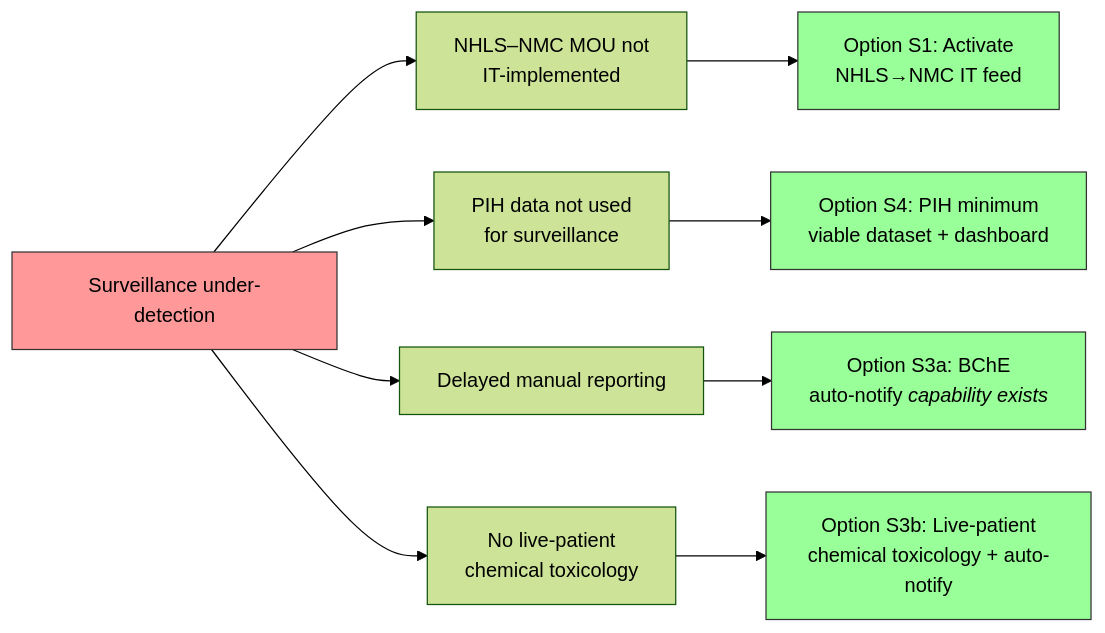
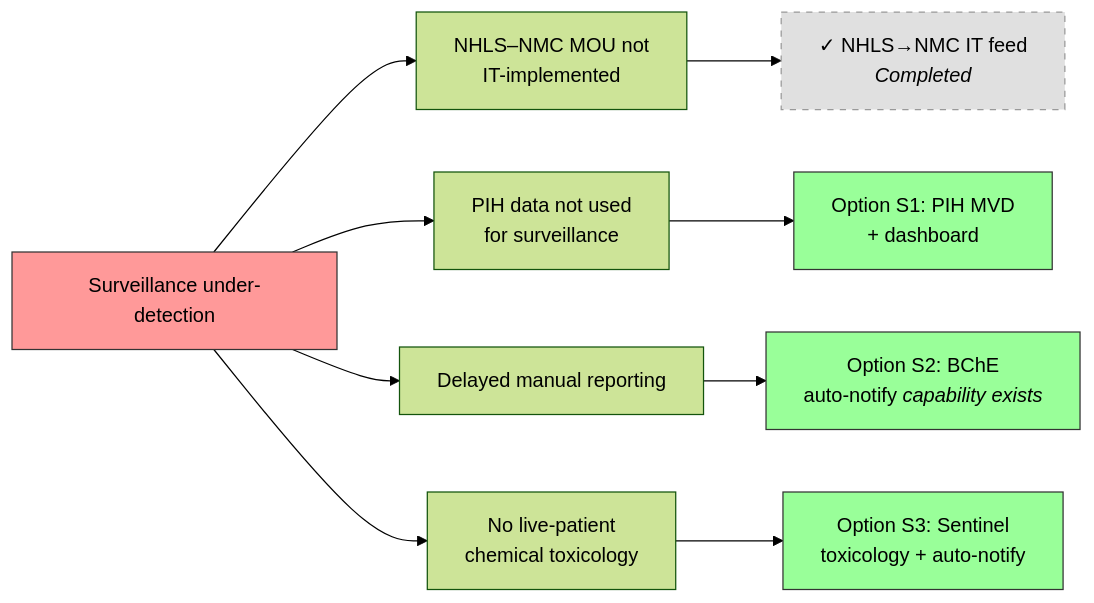
Before and after one commit to bridaybrummer/D2P_project: the second of 2 diagrams in posts/surveillance_policy.qmd, drawn with Mermaid (forest theme). The commit also changed other lines of this file and 7 other files, not shown here.

````diff
--- a/posts/surveillance_policy.qmd
+++ b/posts/surveillance_policy.qmd
@@ -90,20 +90,20 @@
 ```{mermaid}
 %%| label: fig-surv-fishbone
 %%| fig-cap: "Root causes of surveillance under-detection and the surveillance-improvement options that address each one."
 flowchart LR
     A[Surveillance under-detection] --> B[NHLS–NMC MOU not<br/>IT-implemented]
     A --> C[PIH data not used<br/>for surveillance]
     A --> D[Delayed manual reporting]
     A --> F[No live-patient<br/>chemical toxicology]
 
-    B --> G[Option S1: Activate<br/>NHLS→NMC IT feed]
-    C --> H[Option S4: PIH minimum<br/>viable dataset + dashboard]
-    D --> I[Option S3a: BChE<br/>auto-notify <i>capability exists</i>]
-    F --> J[Option S3b: Live-patient<br/>chemical toxicology + auto-notify]
+    B --> G["✓ NHLS→NMC IT feed<br/><i>Completed</i>"]
+    C --> H[Option S1: PIH MVD<br/>+ dashboard]
+    D --> I[Option S2: BChE<br/>auto-notify <i>capability exists</i>]
+    F --> J[Option S3: Sentinel<br/>toxicology + auto-notify]
 
     style A fill:#f99,stroke:#333
-    style G fill:#9f9,stroke:#333
+    style G fill:#e0e0e0,stroke:#999,stroke-dasharray: 5 5
     style H fill:#9f9,stroke:#333
     style I fill:#9f9,stroke:#333
     style J fill:#9f9,stroke:#333
 ```
````
